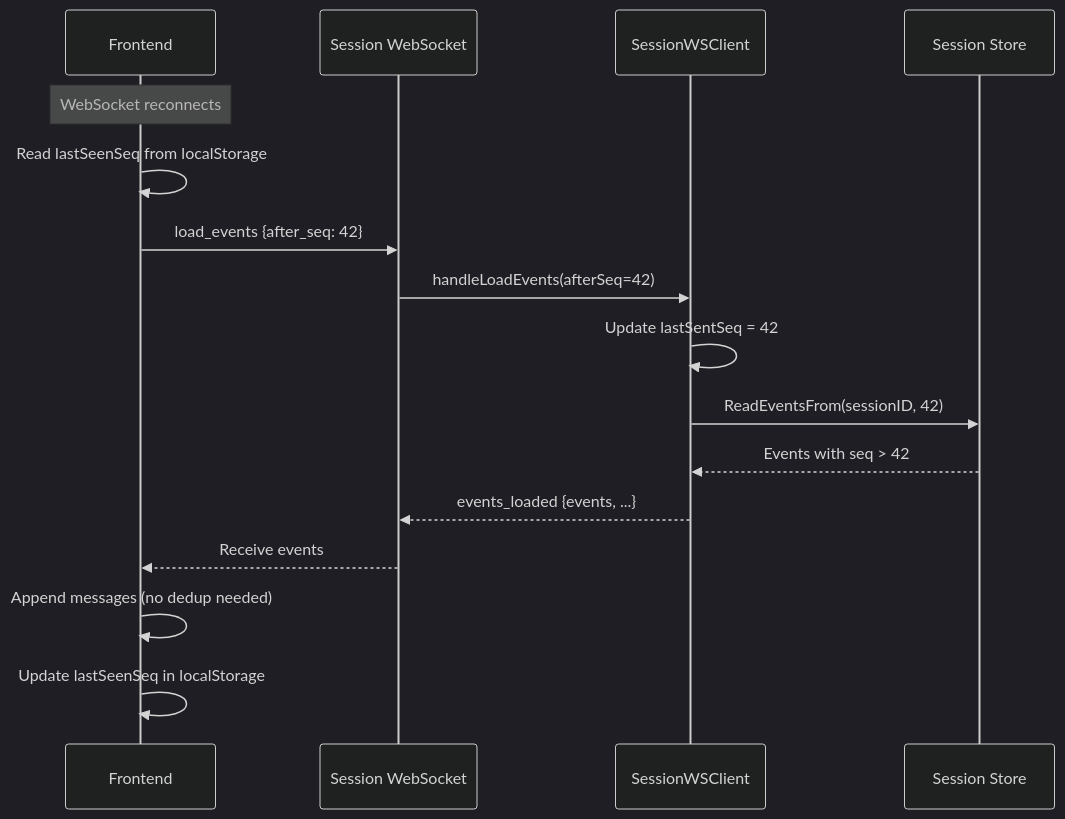
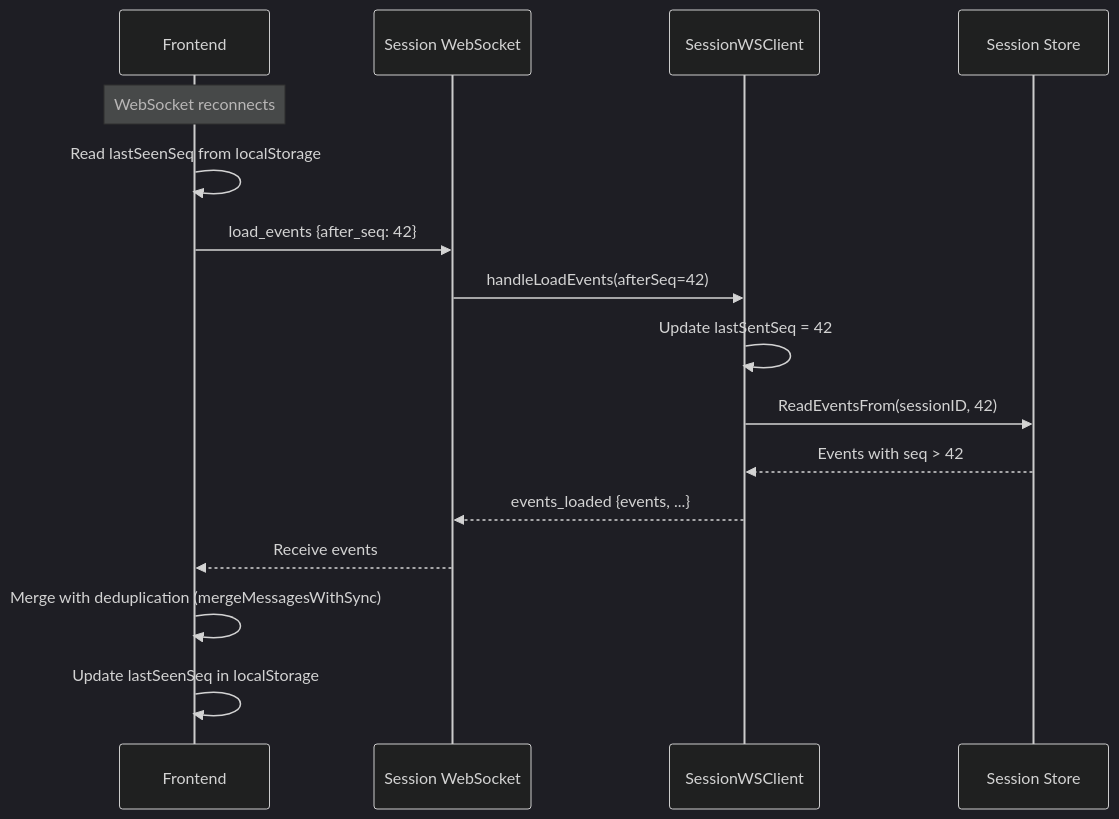
Before and after one commit to inercia/mitto: diagram 18 of 23 in docs/devel/websocket-messaging.md, drawn with Mermaid (dark theme). The commit also changed other lines of this file and 2 other files, not shown here.

````diff
--- a/docs/devel/websocket-messaging.md
+++ b/docs/devel/websocket-messaging.md
@@ -320,19 +949,19 @@
 ```mermaid
 sequenceDiagram
     participant Client as Frontend
     participant WS as Session WebSocket
     participant Handler as SessionWSClient
     participant Store as Session Store
 
     Note over Client: WebSocket reconnects
     Client->>Client: Read lastSeenSeq from localStorage
     Client->>WS: load_events {after_seq: 42}
     WS->>Handler: handleLoadEvents(afterSeq=42)
     Handler->>Handler: Update lastSentSeq = 42
     Handler->>Store: ReadEventsFrom(sessionID, 42)
     Store-->>Handler: Events with seq > 42
     Handler-->>WS: events_loaded {events, ...}
     WS-->>Client: Receive events
-    Client->>Client: Append messages (no dedup needed)
+    Client->>Client: Merge with deduplication (mergeMessagesWithSync)
     Client->>Client: Update lastSeenSeq in localStorage
 ```
````
